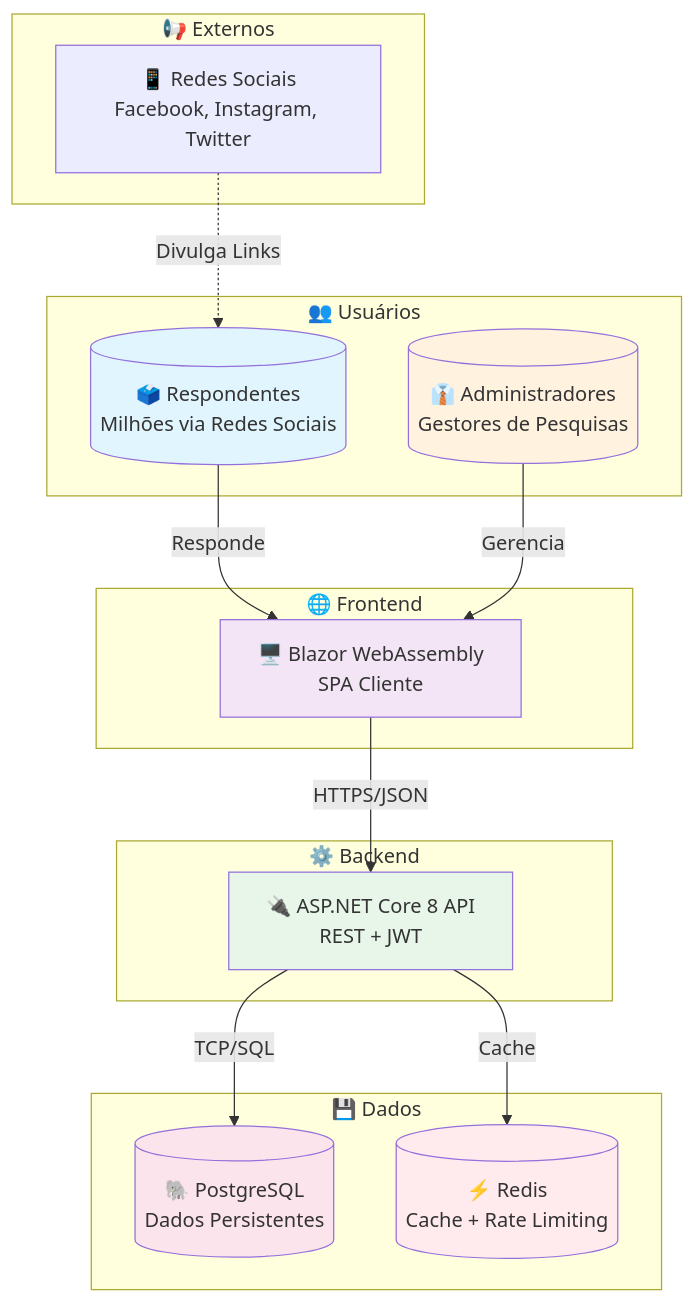
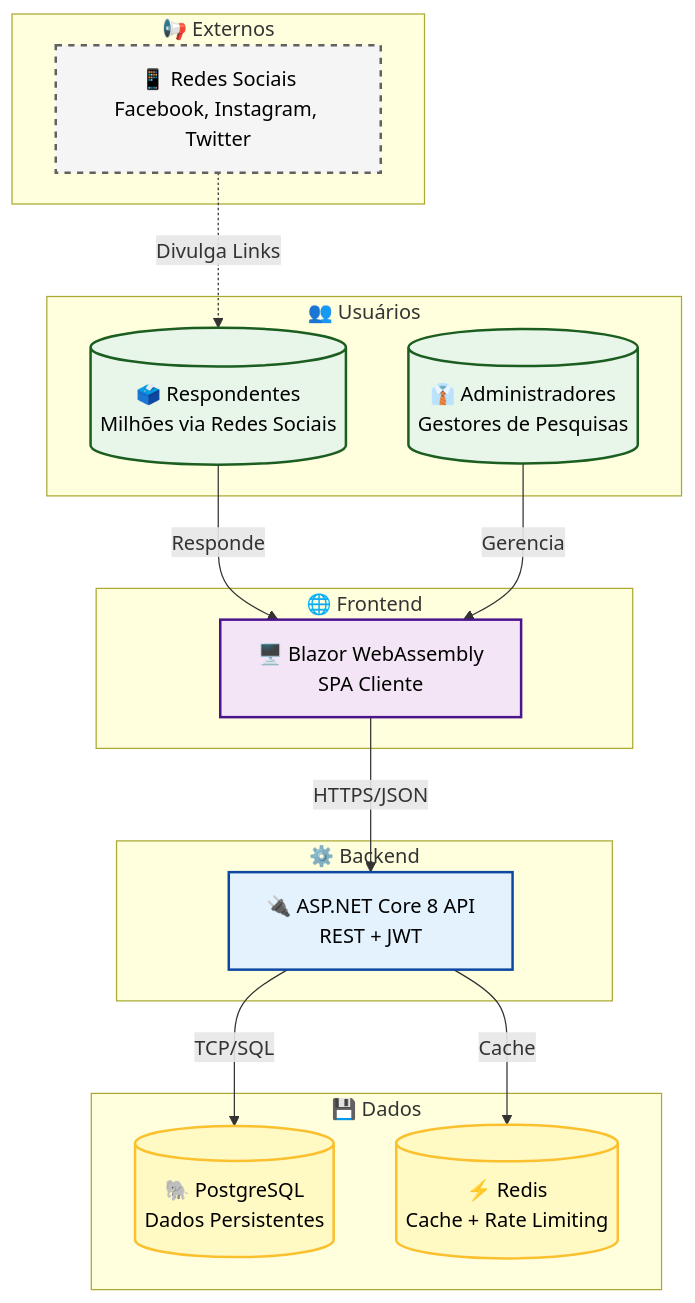
One commit to gabrigabs/public-polls-app changed the first of 6 diagrams in README.md. Above: the diagram before and after it, drawn with Mermaid. The commit also changed other lines of this file and 6 other files, not shown here.

Commit message:
docs: standardize and improve mermaid diagrams readability

````diff
--- a/README.md
+++ b/README.md
@@ -93,38 +93,44 @@
 ```mermaid
 graph TB
     subgraph "👥 Usuários"
         R[("🗳️ Respondentes<br/>Milhões via Redes Sociais")]
         A[("👔 Administradores<br/>Gestores de Pesquisas")]
     end
 
     subgraph "🌐 Frontend"
         BW["🖥️ Blazor WebAssembly<br/>SPA Cliente"]
     end
 
     subgraph "⚙️ Backend"
         API["🔌 ASP.NET Core 8 API<br/>REST + JWT"]
     end
 
     subgraph "💾 Dados"
         PG[("🐘 PostgreSQL<br/>Dados Persistentes")]
         RD[("⚡ Redis<br/>Cache + Rate Limiting")]
     end
 
     subgraph "📢 Externos"
         SM["📱 Redes Sociais<br/>Facebook, Instagram, Twitter"]
     end
 
     R -->|Responde| BW
     A -->|Gerencia| BW
     BW -->|HTTPS/JSON| API
     API -->|TCP/SQL| PG
     API -->|Cache| RD
     SM -.->|Divulga Links| R
 
-    style R fill:#e1f5fe
-    style A fill:#fff3e0
-    style BW fill:#f3e5f5
-    style API fill:#e8f5e9
-    style PG fill:#fce4ec
-    style RD fill:#ffebee
+    %% Styling
+    classDef users fill:#e8f5e9,stroke:#1b5e20,color:#000,stroke-width:2px;
+    classDef front fill:#f3e5f5,stroke:#4a148c,color:#000,stroke-width:2px;
+    classDef back fill:#e3f2fd,stroke:#0d47a1,color:#000,stroke-width:2px;
+    classDef data fill:#fff9c4,stroke:#fbc02d,color:#000,stroke-width:2px;
+    classDef ext fill:#f5f5f5,stroke:#616161,color:#000,stroke-width:2px,stroke-dasharray: 5 5;
+
+    class R,A users;
+    class BW front;
+    class API back;
+    class PG,RD data;
+    class SM ext;
 ```
````
